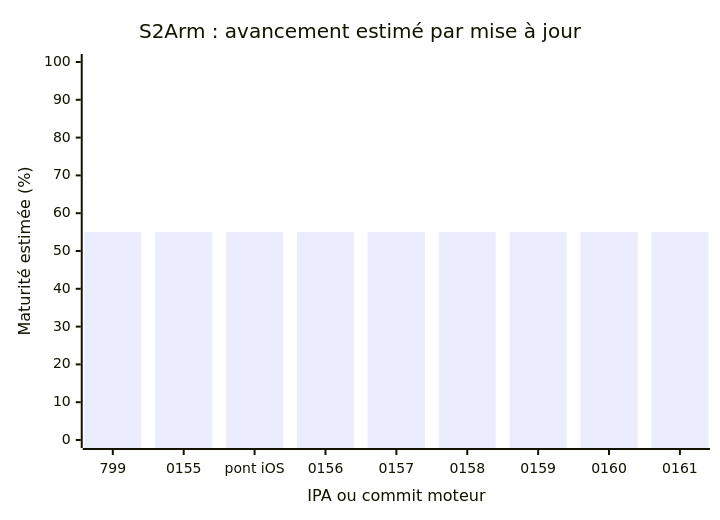
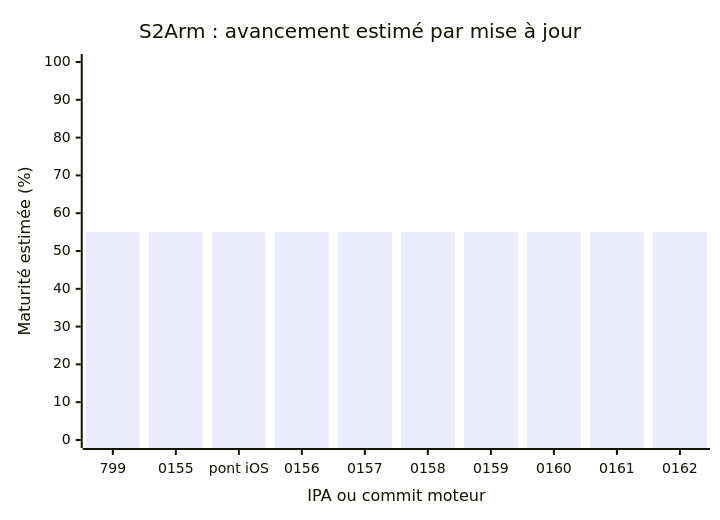
One commit to TarbleFR/RewindBox changed the diagram in docs/AI_TASK_BOARD.md. Above: the diagram before and after it, drawn with Mermaid. The commit also changed other lines of this file and 1 other file, not shown here.

Commit message:
S2Arm: keep exact required foreground pipelines available under thermal pressure [s2arm-engine]

````diff
--- a/docs/AI_TASK_BOARD.md
+++ b/docs/AI_TASK_BOARD.md
@@ -25,7 +25,7 @@
 ```mermaid
 xychart-beta
     title "S2Arm : avancement estimé par mise à jour"
-    x-axis "IPA ou commit moteur" ["799", "0155", "pont iOS", "0156", "0157", "0158", "0159", "0160", "0161"]
+    x-axis "IPA ou commit moteur" ["799", "0155", "pont iOS", "0156", "0157", "0158", "0159", "0160", "0161", "0162"]
     y-axis "Maturité estimée (%)" 0 --> 100
-    bar [55, 55, 55, 55, 55, 55, 55, 55, 55]
+    bar [55, 55, 55, 55, 55, 55, 55, 55, 55, 55]
 ```
````
